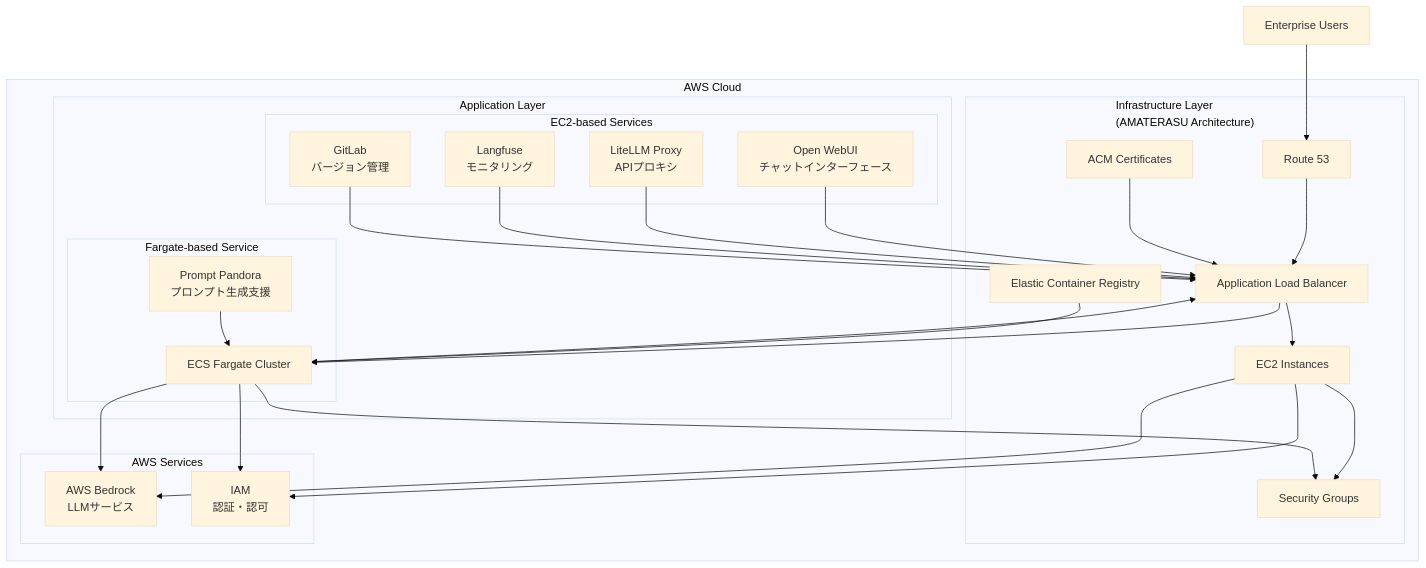
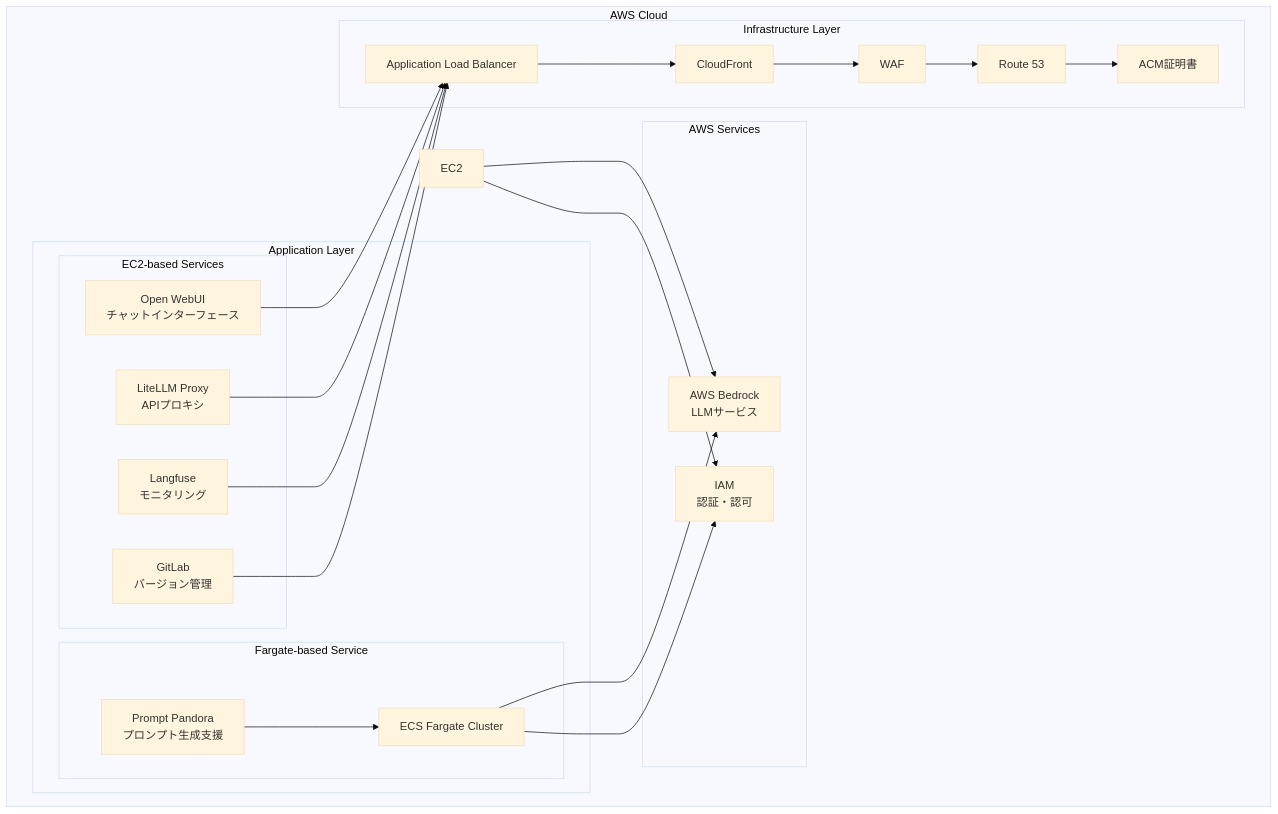
Before and after one commit to Sunwood-ai-labs/AMATERASU: the diagram in README.md, drawn with Mermaid (base theme). The commit also changed other lines of this file, not shown here.

````diff
--- a/README.md
+++ b/README.md
@@ -50,52 +50,47 @@
 ```mermaid
 graph TB
     subgraph "AWS Cloud"
         subgraph "Application Layer"
             subgraph "EC2-based Services"
                 OW["Open WebUI<br/>チャットインターフェース"]
                 LL["LiteLLM Proxy<br/>APIプロキシ"]
                 LF["Langfuse<br/>モニタリング"]
                 GL["GitLab<br/>バージョン管理"]
             end
             
             subgraph "Fargate-based Service"
                 PP["Prompt Pandora<br/>プロンプト生成支援"]
                 ECS["ECS Fargate Cluster"]
             end
         end
         
-        subgraph "Infrastructure Layer<br>(AMATERASU Architecture)"
+        subgraph "Infrastructure Layer"
             ALB["Application Load Balancer"]
-            EC2["EC2 Instances"]
-            SG["Security Groups"]
+            CF["CloudFront"]
+            WAF["WAF"]
             R53["Route 53"]
-            ACM["ACM Certificates"]
-            ECR["Elastic Container Registry"]
+            ACM["ACM証明書"]
         end
         
         subgraph "AWS Services"
             Bedrock["AWS Bedrock<br/>LLMサービス"]
             IAM["IAM<br/>認証・認可"]
         end
         
         OW --> ALB
         LL --> ALB
         LF --> ALB
         GL --> ALB
         PP --> ECS
-        ECS --> ALB
-        ALB --> EC2
-        ALB --> ECS
-        EC2 --> SG
-        ECS --> SG
-        R53 --> ALB
-        ACM --> ALB
-        ECR --> ECS
+        
+        ALB --> CF
+        CF --> WAF
+        WAF --> R53
+        R53 --> ACM
+        
         EC2 --> Bedrock
         ECS --> Bedrock
         EC2 --> IAM
         ECS --> IAM
     end
-
-    Users["Enterprise Users"] --> R53
 ```
````
